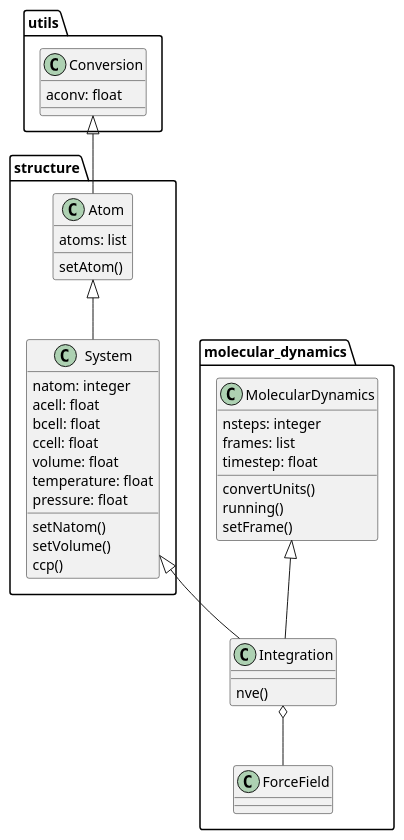
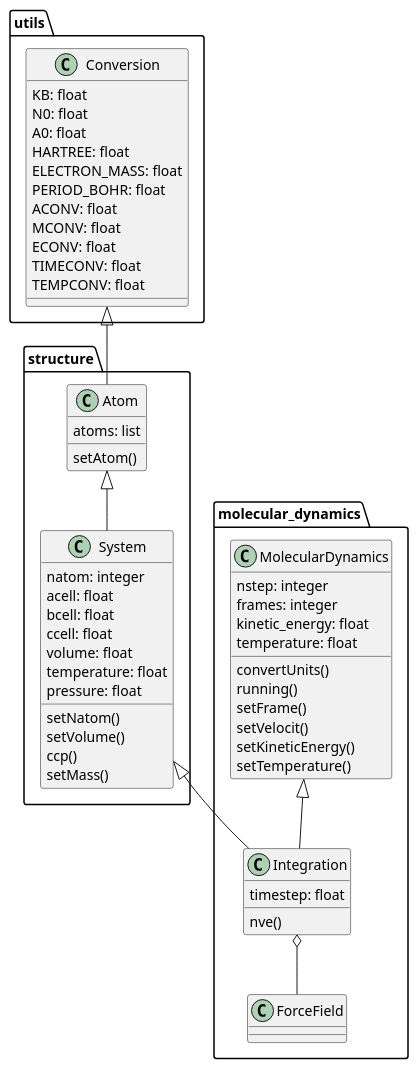
The diagram in doc/phase_diagram.puml (flavianowilliams/M3L), drawn with PlantUML before and after one commit. The commit also changed 3 other files, not shown here.

```diff
--- a/doc/phase_diagram.puml
+++ b/doc/phase_diagram.puml
@@ -1,45 +1,61 @@
 @startuml M3L
 package utils{
     class Conversion{
-        aconv: float
+        KB: float
+        N0: float
+        A0: float
+        HARTREE: float
+        ELECTRON_MASS: float
+        PERIOD_BOHR: float
+        ACONV: float
+        MCONV: float
+        ECONV: float
+        TIMECONV: float
+        TEMPCONV: float
     }
   }
 package molecular_dynamics{
     class MolecularDynamics{
-        nsteps: integer
-        frames: list
-        timestep: float
+        nstep: integer
+        frames: integer
+        kinetic_energy: float
+        temperature: float
         convertUnits()
         running()
         setFrame()
+        setVelocit()
+        setKineticEnergy()
+        setTemperature()
     }
     class Integration{
+        timestep: float
         nve()
     }
     class ForceField{
   }
 }
 package structure{
     class System{
       natom: integer
       acell: float
       bcell: float
       ccell: float
       volume: float
       temperature: float
       pressure: float
       setNatom()
       setVolume()
       ccp()
+      setMass()
     }
     class Atom{
         atoms: list
         setAtom()
   }
 }
 Conversion <|-- Atom
 Integration o-- ForceField
 MolecularDynamics <|-- Integration
 System <|-- Integration
 Atom <|-- System
 @enduml
```
